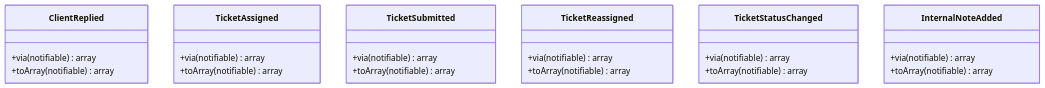
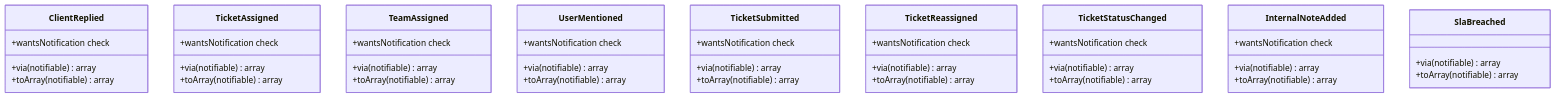
The sixth of 9 diagrams in .qoder/repowiki/en/content/Real-time Communication/Notification System.md (younesgamer68/helpdesk-system), drawn with Mermaid before and after one commit. The commit also changed other lines of this file and 12 other files, not shown here.

````diff
--- a/.qoder/repowiki/en/content/Real-time Communication/Notification System.md
+++ b/.qoder/repowiki/en/content/Real-time Communication/Notification System.md
@@ -279,27 +413,47 @@
 ```mermaid
 classDiagram
 class ClientReplied {
 +via(notifiable) array
 +toArray(notifiable) array
++wantsNotification check
 }
 class TicketAssigned {
 +via(notifiable) array
 +toArray(notifiable) array
++wantsNotification check
+}
+class TeamAssigned {
++via(notifiable) array
++toArray(notifiable) array
++wantsNotification check
+}
+class UserMentioned {
++via(notifiable) array
++toArray(notifiable) array
++wantsNotification check
 }
 class TicketSubmitted {
 +via(notifiable) array
 +toArray(notifiable) array
++wantsNotification check
 }
 class TicketReassigned {
 +via(notifiable) array
 +toArray(notifiable) array
++wantsNotification check
 }
 class TicketStatusChanged {
 +via(notifiable) array
 +toArray(notifiable) array
++wantsNotification check
 }
 class InternalNoteAdded {
 +via(notifiable) array
 +toArray(notifiable) array
++wantsNotification check
+}
+class SlaBreached {
++via(notifiable) array
++toArray(notifiable) array
 }
 ```
````
